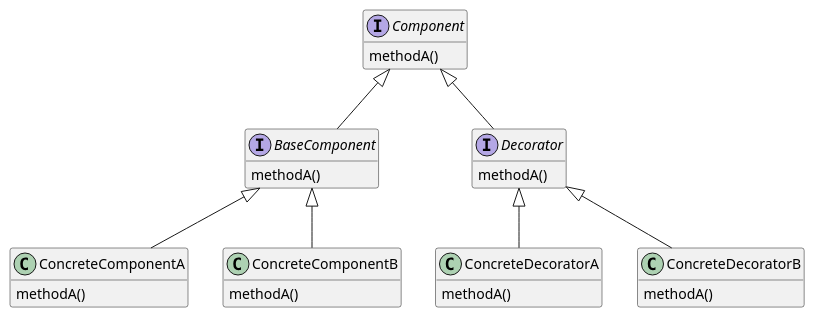
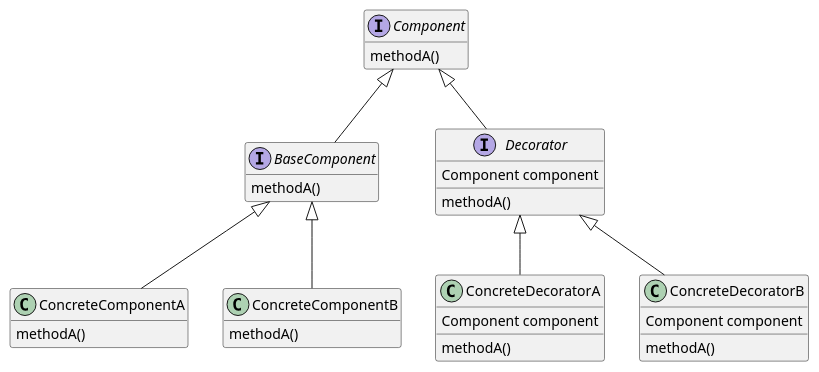
Before and after one commit to gama79530/DesignPattern: the diagram in DecoratorPattern/DecoratorPattern.puml, drawn with PlantUML. The commit also changed 38 other files, not shown here.

```diff
--- a/DecoratorPattern/DecoratorPattern.puml
+++ b/DecoratorPattern/DecoratorPattern.puml
@@ -1,40 +1,43 @@
 @startuml DecoratorPattern
 hide empty members
 
 interface Component{
     methodA()
 } 
 
 interface BaseComponent{
     methodA()
 }
 
 class ConcreteComponentA{
     methodA()
 }
 
 class ConcreteComponentB{
     methodA()
 }
 
 interface Decorator{
+    Component component
     methodA()
 }
 
 class  ConcreteDecoratorA{
+    Component component
     methodA()
 }
 
 class  ConcreteDecoratorB{
+    Component component
     methodA()
 }
 
 Component <|-- BaseComponent
 BaseComponent <|-- ConcreteComponentA
 BaseComponent <|-- ConcreteComponentB
 
 Component <|-- Decorator
 Decorator <|-- ConcreteDecoratorA
 Decorator <|-- ConcreteDecoratorB
 
 @enduml
```
